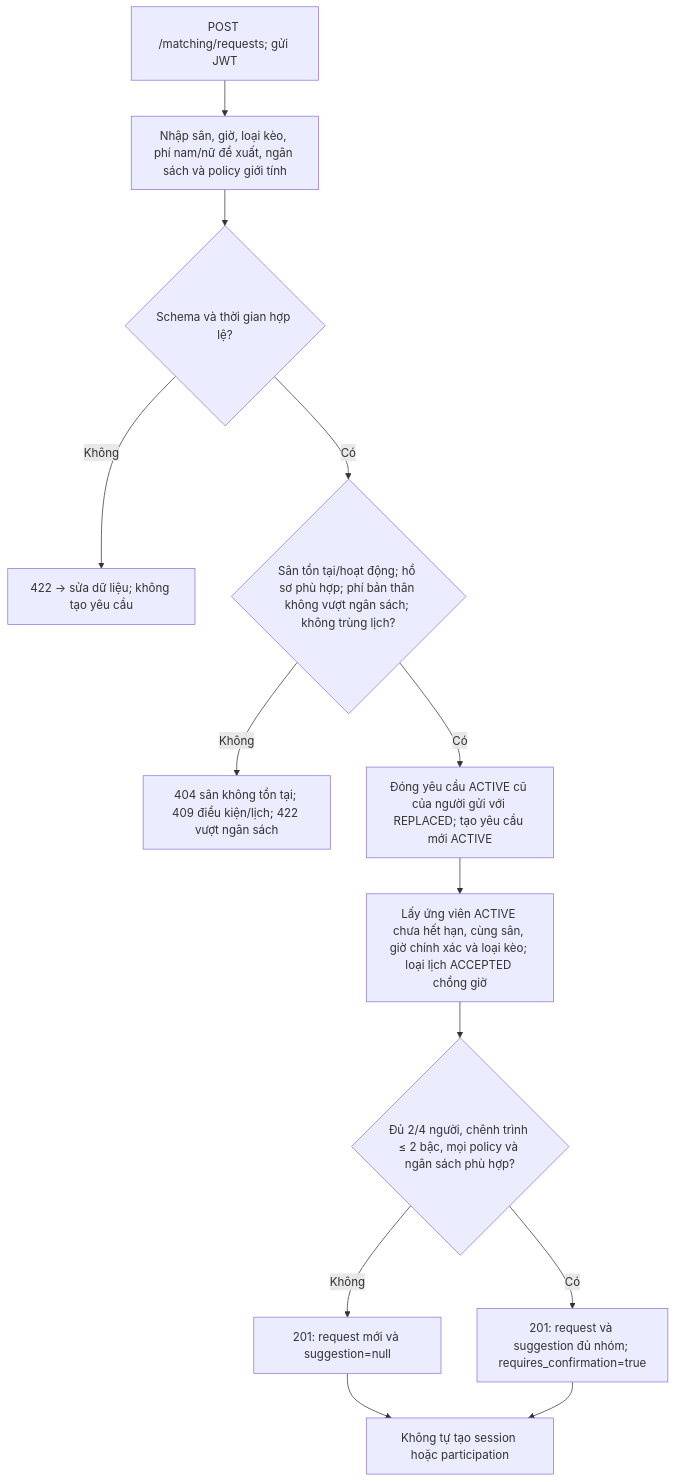
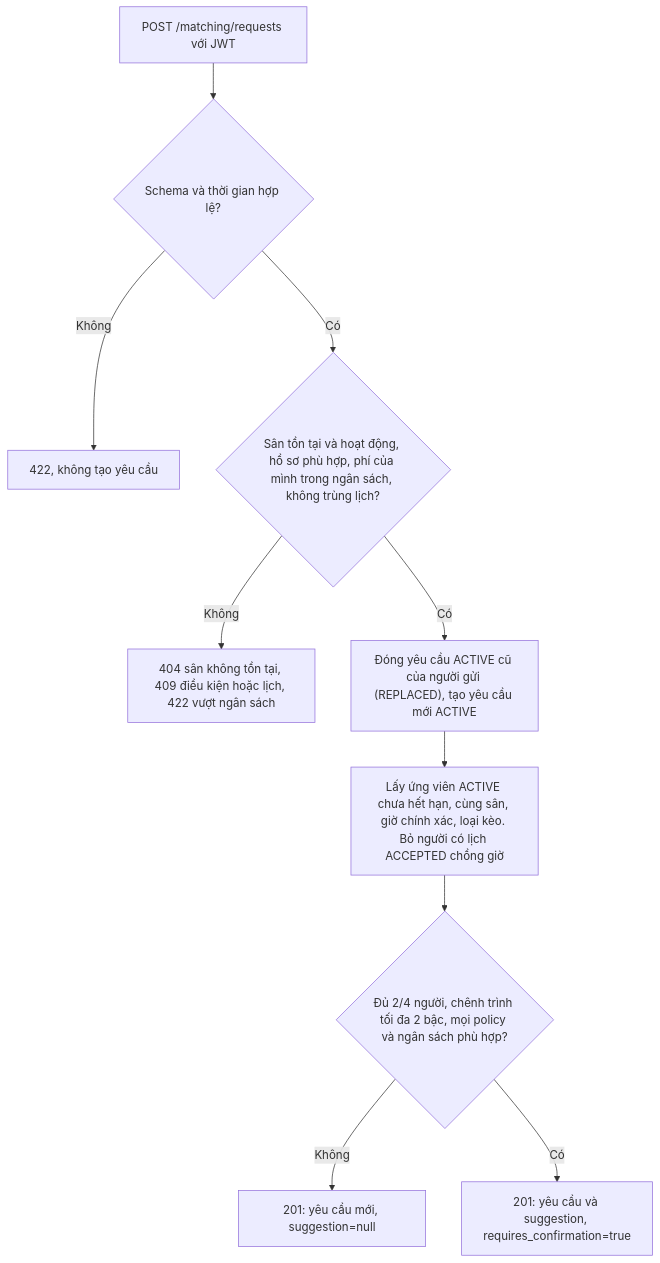
The fifth of 6 diagrams in docs/tuan-2-xay-dung/luong-nghiep-vu.md (datdooo/matchmate-backend), drawn with Mermaid before and after one commit. The commit also changed other lines of this file and 5 other files, not shown here.

````diff
--- a/docs/tuan-2-xay-dung/luong-nghiep-vu.md
+++ b/docs/tuan-2-xay-dung/luong-nghiep-vu.md
@@ -158,15 +156,12 @@
 ```mermaid
 flowchart TD
-    A["POST /matching/requests; gửi JWT"] --> B["Nhập sân, giờ, loại kèo, phí nam/nữ đề xuất, ngân sách và policy giới tính"]
-    B --> C{"Schema và thời gian hợp lệ?"}
-    C -->|Không| D["422 → sửa dữ liệu; không tạo yêu cầu"]
-    C -->|Có| E{"Sân tồn tại/hoạt động; hồ sơ phù hợp; phí bản thân không vượt ngân sách; không trùng lịch?"}
-    E -->|Không| F["404 sân không tồn tại; 409 điều kiện/lịch; 422 vượt ngân sách"]
-    E -->|Có| G["Đóng yêu cầu ACTIVE cũ của người gửi với REPLACED; tạo yêu cầu mới ACTIVE"]
-    G --> H["Lấy ứng viên ACTIVE chưa hết hạn, cùng sân, giờ chính xác và loại kèo; loại lịch ACCEPTED chồng giờ"]
-    H --> I{"Đủ 2/4 người, chênh trình ≤ 2 bậc, mọi policy và ngân sách phù hợp?"}
-    I -->|Không| J["201: request mới và suggestion=null"]
-    I -->|Có| K["201: request và suggestion đủ nhóm; requires_confirmation=true"]
-    J --> L["Không tự tạo session hoặc participation"]
-    K --> L
+    A["POST /matching/requests với JWT"] --> B{"Schema và thời gian hợp lệ?"}
+    B -->|Không| C["422, không tạo yêu cầu"]
+    B -->|Có| D{"Sân tồn tại và hoạt động, hồ sơ phù hợp, phí của mình trong ngân sách, không trùng lịch?"}
+    D -->|Không| E["404 sân không tồn tại, 409 điều kiện hoặc lịch, 422 vượt ngân sách"]
+    D -->|Có| F["Đóng yêu cầu ACTIVE cũ của người gửi (REPLACED), tạo yêu cầu mới ACTIVE"]
+    F --> G["Lấy ứng viên ACTIVE chưa hết hạn, cùng sân, giờ chính xác, loại kèo. Bỏ người có lịch ACCEPTED chồng giờ"]
+    G --> H{"Đủ 2/4 người, chênh trình tối đa 2 bậc, mọi policy và ngân sách phù hợp?"}
+    H -->|Không| I["201: yêu cầu mới, suggestion=null"]
+    H -->|Có| J["201: yêu cầu và suggestion, requires_confirmation=true"]
 ```
````
